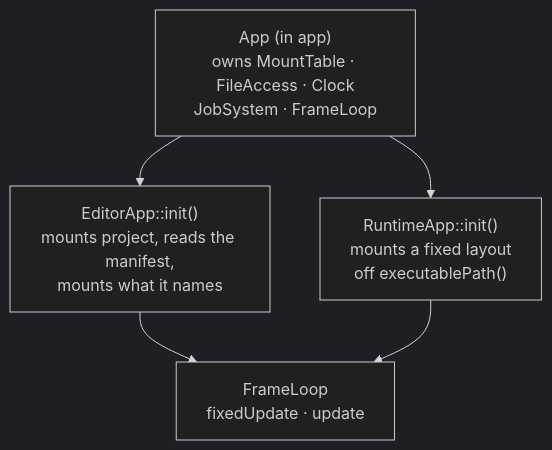
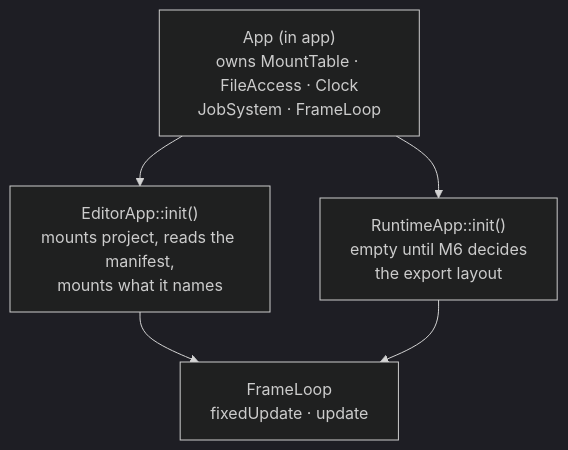
One commit to techattackteam/TechEngine-vault changed the diagram in 04 Design Docs/Systems/Project — Design.md. Above: the diagram before and after it, drawn with Mermaid (dark theme). The commit also changed other lines of this file and 4 other files, not shown here.

````diff
--- a/04 Design Docs/Systems/Project — Design.md
+++ b/04 Design Docs/Systems/Project — Design.md
@@ -228,11 +229,11 @@
 ```mermaid
 flowchart TB
   base["App (in app)<br/>owns MountTable · FileAccess · Clock<br/>JobSystem · FrameLoop"]
   ed["EditorApp::init()<br/>mounts project, reads the manifest,<br/>mounts what it names"]
-  rt["RuntimeApp::init()<br/>mounts a fixed layout<br/>off executablePath()"]
+  rt["RuntimeApp::init()<br/>empty until M6 decides<br/>the export layout"]
   loop["FrameLoop<br/>fixedUpdate · update"]
 
   base --> ed & rt
   ed & rt --> loop
   %% solid down = 'is a', so init() runs inside the object that owns the table
 ```
````
